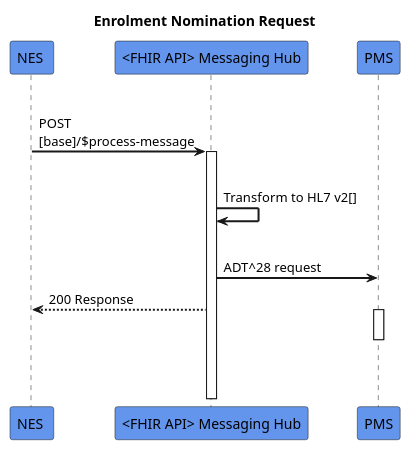
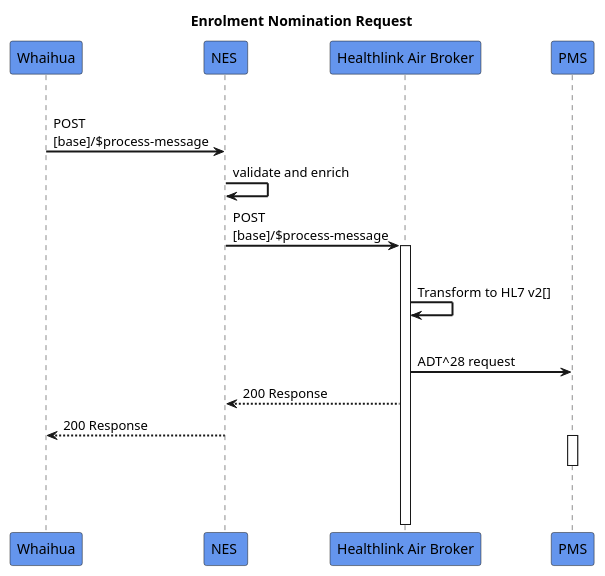
Before and after one commit to HL7NZ/nes-ig: the diagram in input/images-source/enrolment-nomination-request.plantuml, drawn with PlantUML. The commit also changed 4 other files, not shown here.

```diff
--- a/input/images-source/enrolment-nomination-request.plantuml
+++ b/input/images-source/enrolment-nomination-request.plantuml
@@ -1,23 +1,28 @@
 @startuml
 skinparam sequenceArrowThickness 2
 skinparam roundcorner 5
 skinparam maxmessagesize 180
 skinparam sequenceParticipant bold
 title  Enrolment Nomination Request
+participant "Whaihua" as AA #CornflowerBlue
 participant "NES " as A #CornflowerBlue
-participant "<FHIR API> Messaging Hub" as B #CornflowerBlue
+participant "Healthlink Air Broker" as B #CornflowerBlue
 participant "PMS" as C #CornflowerBlue
 |||
+
+AA -> A: POST [base]/$process-message
+A -> A:  validate and enrich
 
 A -> B: POST [base]/$process-message
 activate B
 |||
 B -> B: Transform to HL7 v2[]
 |||
 B -> C: ADT^28 request
 B -[dashed]-> A: 200 Response 
+A -[dashed]-> AA: 200 Response 
 activate C
 |||
 deactivate C
 |||
 @enduml
```
